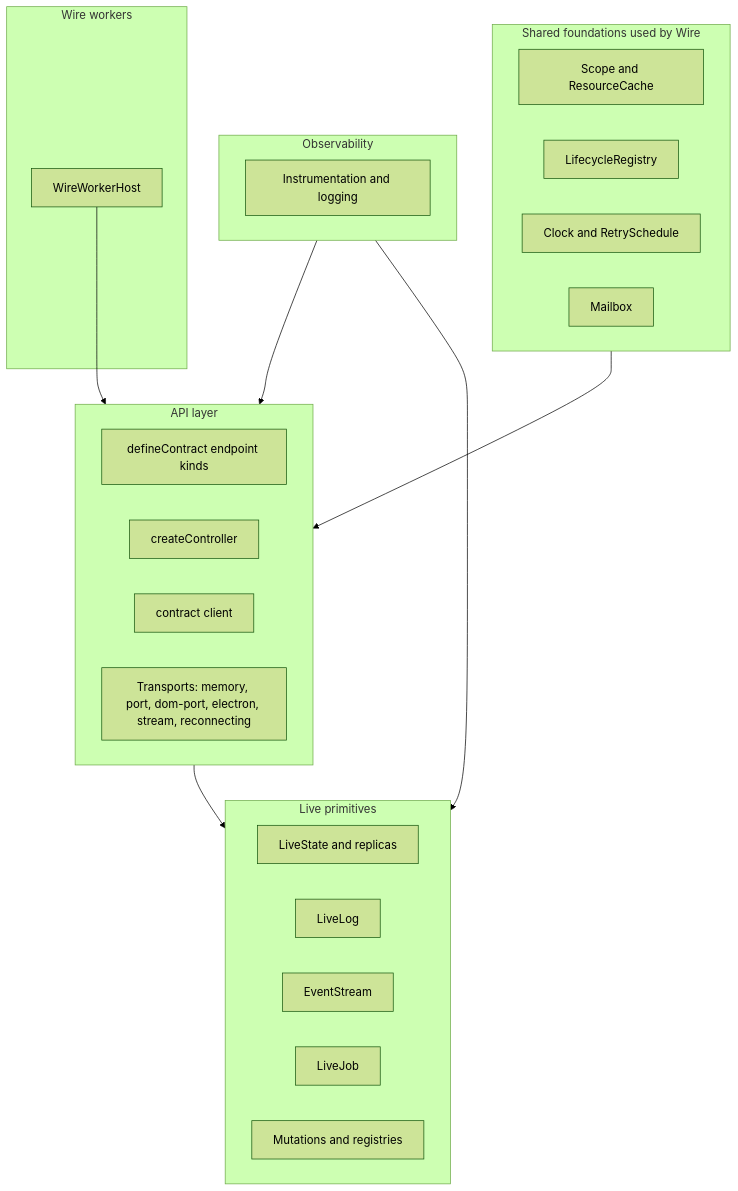
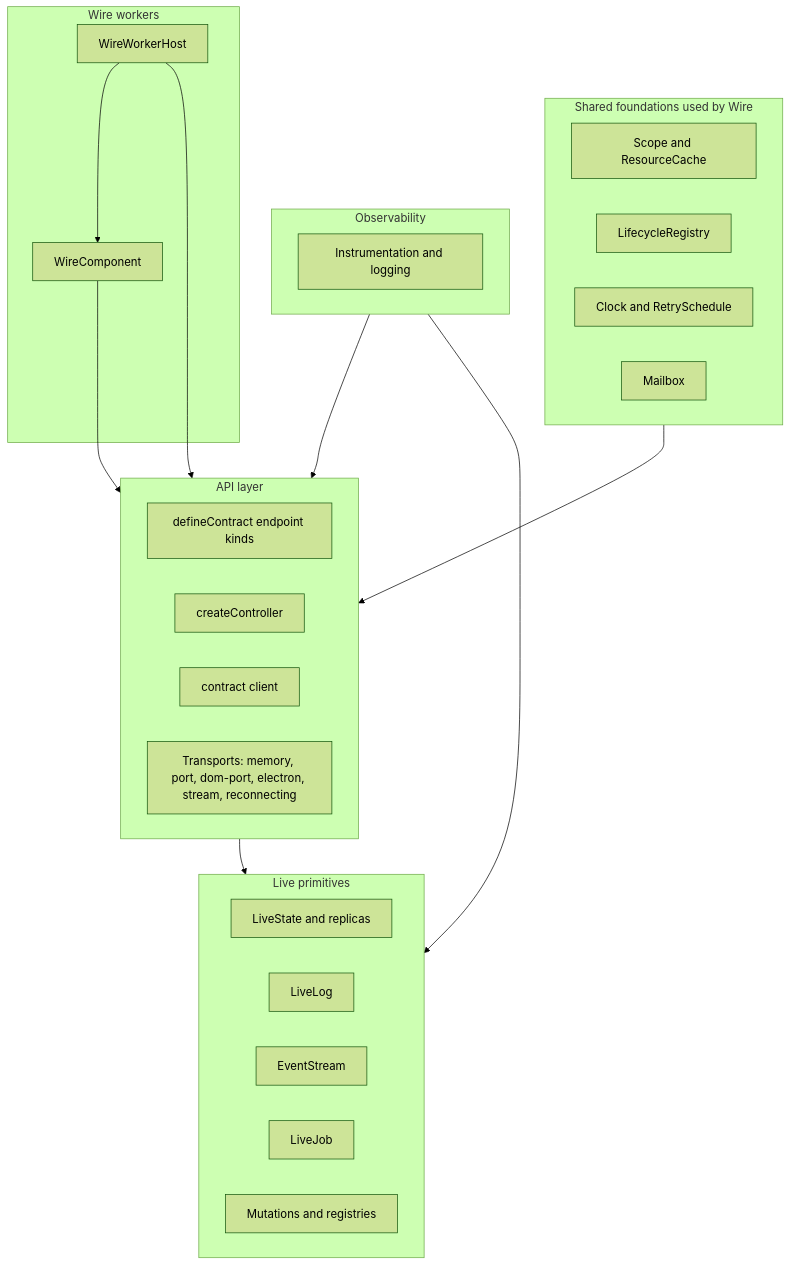
Before and after one commit to generalaction/emdash: the diagram in packages/wire/docs/README.md, drawn with Mermaid (forest theme). The commit also changed other lines of this file and 83 other files, not shown here.

````diff
--- a/packages/wire/docs/README.md
+++ b/packages/wire/docs/README.md
@@ -10,32 +10,35 @@
 ```mermaid
 flowchart TB
   subgraph shared [Shared foundations used by Wire]
     scope[Scope and ResourceCache]
     registry[LifecycleRegistry]
     scheduling[Clock and RetrySchedule]
     mailbox[Mailbox]
   end
   subgraph api [API layer]
     contracts[defineContract endpoint kinds]
     controller[createController]
     client[contract client]
     transports[Transports: memory, port, dom-port, electron, stream, reconnecting]
   end
   subgraph live [Live primitives]
     model[LiveState and replicas]
     log[LiveLog]
     eventStream[EventStream]
     job[LiveJob]
     mutations[Mutations and registries]
   end
   subgraph observability [Observability]
     instrumentation[Instrumentation and logging]
   end
   subgraph workers [Wire workers]
+    component[WireComponent]
     workerHost[WireWorkerHost]
   end
   shared --> api --> live
   observability --> api
   observability --> live
+  component --> api
   workerHost --> api
+  workerHost --> component
 ```
````
